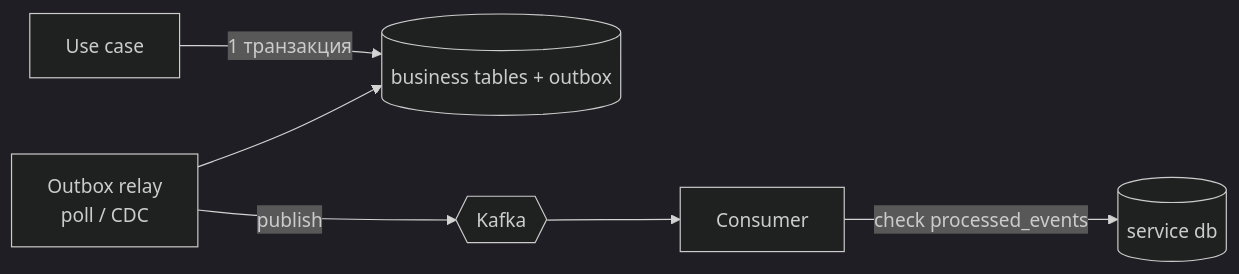
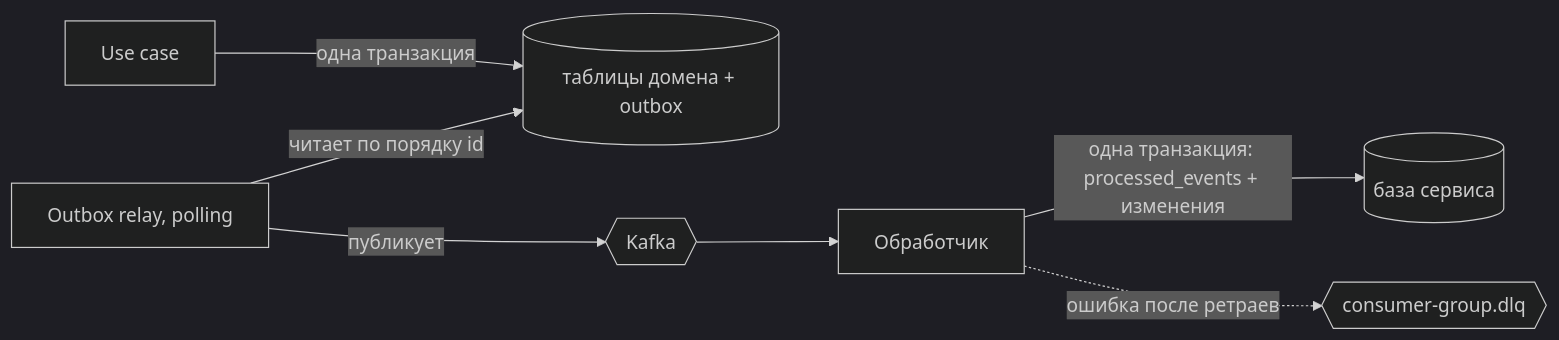
One commit to Jamshid-1207/marketplace changed the fifth of 5 diagrams in docs/system-design/00-overview.md. Above: the diagram before and after it, drawn with Mermaid (dark theme). The commit also changed other lines of this file and 9 other files, not shown here.

````diff
--- a/docs/system-design/00-overview.md
+++ b/docs/system-design/00-overview.md
@@ -69,8 +199,9 @@
 ```mermaid
 flowchart LR
-  UC[Use case] -->|1 транзакция| T[(business tables + outbox)]
-  Relay[Outbox relay<br/>poll / CDC] --> T
-  Relay -->|publish| K{{Kafka}}
-  K --> Cons[Consumer]
-  Cons -->|check processed_events| DB[(service db)]
+  UC["Use case"] -->|"одна транзакция"| T[("таблицы домена + outbox")]
+  R["Outbox relay, polling"] -->|"читает по порядку id"| T
+  R -->|публикует| K{{"Kafka"}}
+  K --> H["Обработчик"]
+  H -->|"одна транзакция: processed_events + изменения"| DB[("база сервиса")]
+  H -.->|"ошибка после ретраев"| DLQ{{"consumer-group.dlq"}}
 ```
````
